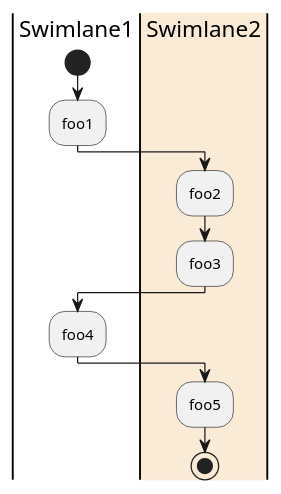
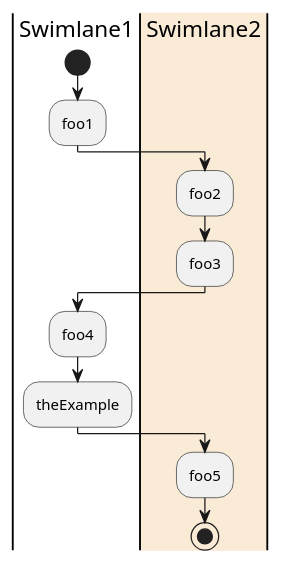
Before and after one commit to xemuliam/docker-hdf: the diagram in test.pu, drawn with PlantUML.

```diff
--- a/test.pu
+++ b/test.pu
@@ -1,13 +1,14 @@
 @startuml
 |Swimlane1|
 start
 :foo1;
 |#AntiqueWhite|Swimlane2|
 :foo2;
 :foo3;
 |Swimlane1|
 :foo4;
+:theExample;
 |Swimlane2|
 :foo5;
 stop
 @enduml
```
